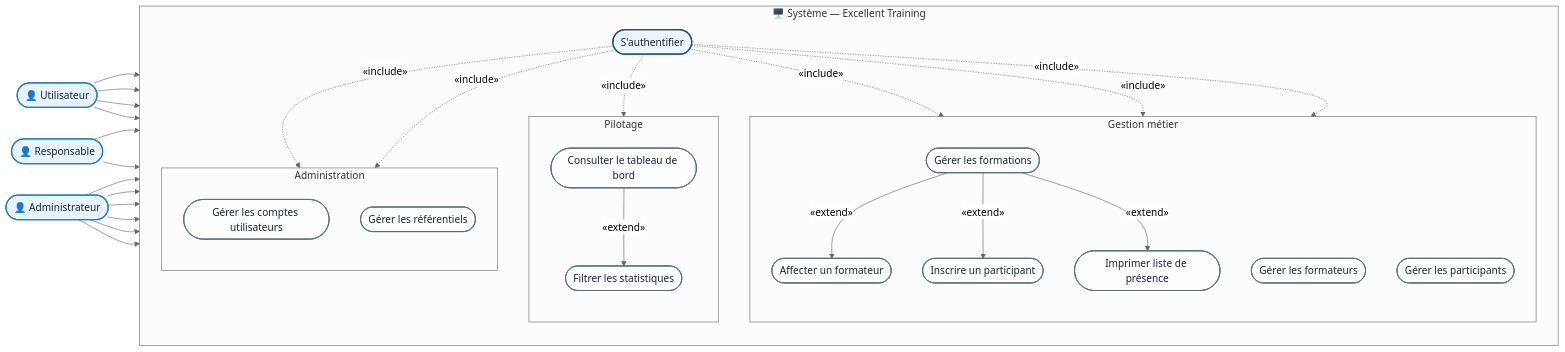
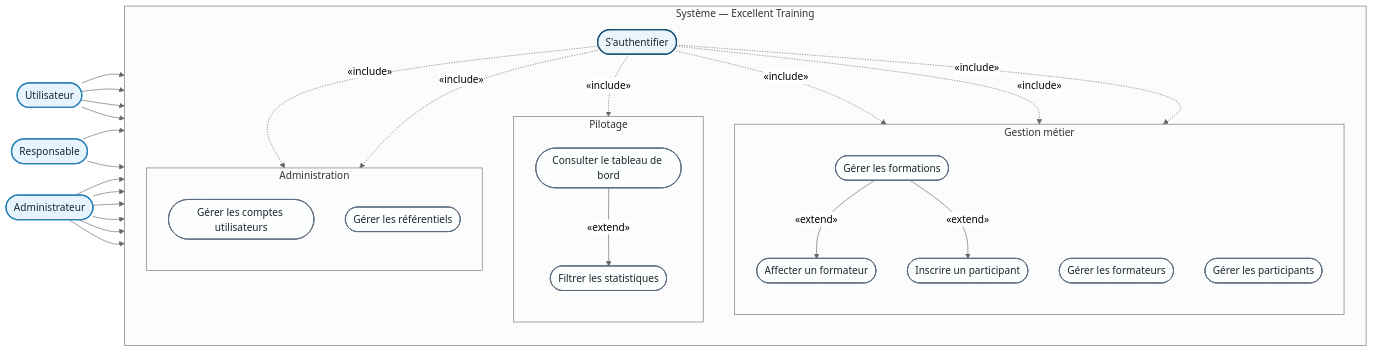
One commit to Louay-Barraq/excellent-training changed the diagram in documentation/UML/00-cas-utilisation.md. Above: the diagram before and after it, drawn with Mermaid (neutral theme). The commit also changed 2 other files, not shown here.

Commit message:
docs: add UML diagrams and project documentation while refactoring password generator

````diff
--- a/documentation/UML/00-cas-utilisation.md
+++ b/documentation/UML/00-cas-utilisation.md
@@ -29,81 +29,81 @@
 ```mermaid
 flowchart LR
   %% ── Acteurs ──────────────────────────────────────────────────────────────
-  U(["👤 Utilisateur"])
-  R(["👤 Responsable"])
-  A(["👤 Administrateur"])
+  U(["Utilisateur"])
+  R(["Responsable"])
+  A(["Administrateur"])
 
   %% ── Frontière du système ─────────────────────────────────────────────────
-  subgraph SYS ["🖥️  Système — Excellent Training"]
+  subgraph SYS ["Système — Excellent Training"]
     direction TB
 
     %% Cas commun
     AUTH(["S'authentifier"])
 
     %% Cas Utilisateur
     subgraph UC_USER ["Gestion métier"]
       direction TB
       UF(["Gérer les formations"])
       UFA(["Affecter un formateur"])
       UI(["Inscrire un participant"])
-      UPrint(["Imprimer liste de présence"])
+      %% UPrint(["Imprimer liste de présence"])
       UFO(["Gérer les formateurs"])
       UP(["Gérer les participants"])
     end
 
     %% Cas Responsable
     subgraph UC_RESP ["Pilotage"]
       direction TB
       DASH(["Consulter le tableau de bord"])
       FILT(["Filtrer les statistiques"])
     end
 
     %% Cas Administrateur
     subgraph UC_ADMIN ["Administration"]
       direction TB
       ACCT(["Gérer les comptes utilisateurs"])
       REF(["Gérer les référentiels"])
     end
   end
 
   %% ── Relations acteurs → cas d'utilisation ────────────────────────────────
   U --> AUTH
   U --> UF
   U --> UFO
   U --> UP
 
   R --> AUTH
   R --> DASH
 
   A --> AUTH
   A --> UF
   A --> UFO
   A --> UP
   A --> ACCT
   A --> REF
 
   %% ── Relations entre cas d'utilisation ────────────────────────────────────
   UF -- "«extend»" --> UFA
   UF -- "«extend»" --> UI
-  UF -- "«extend»" --> UPrint
+  %% UF -- "«extend»" --> UPrint
   DASH -- "«extend»" --> FILT
 
   AUTH -. "«include»" .-> UF
   AUTH -. "«include»" .-> UFO
   AUTH -. "«include»" .-> UP
   AUTH -. "«include»" .-> DASH
   AUTH -. "«include»" .-> ACCT
   AUTH -. "«include»" .-> REF
 
   %% ── Styles ───────────────────────────────────────────────────────────────
   classDef actor    fill:#E8F4FD,stroke:#2980B9,stroke-width:2px,color:#1A252F,rx:50
   classDef usecase  fill:#FDFEFE,stroke:#5D6D7E,stroke-width:1.5px,color:#1A252F,rx:20
   classDef auth     fill:#EBF5FB,stroke:#1A5276,stroke-width:2px,color:#1A252F,rx:20
   classDef subgrpU  fill:#EAF4EC,stroke:#27AE60,stroke-width:1.5px
   classDef subgrpR  fill:#FEF9E7,stroke:#F39C12,stroke-width:1.5px
   classDef subgrpA  fill:#FDEDEC,stroke:#E74C3C,stroke-width:1.5px
 
   class U,R,A actor
   class UF,UFA,UI,UPrint,UFO,UP,DASH,FILT,ACCT,REF usecase
   class AUTH auth
 ```
````
